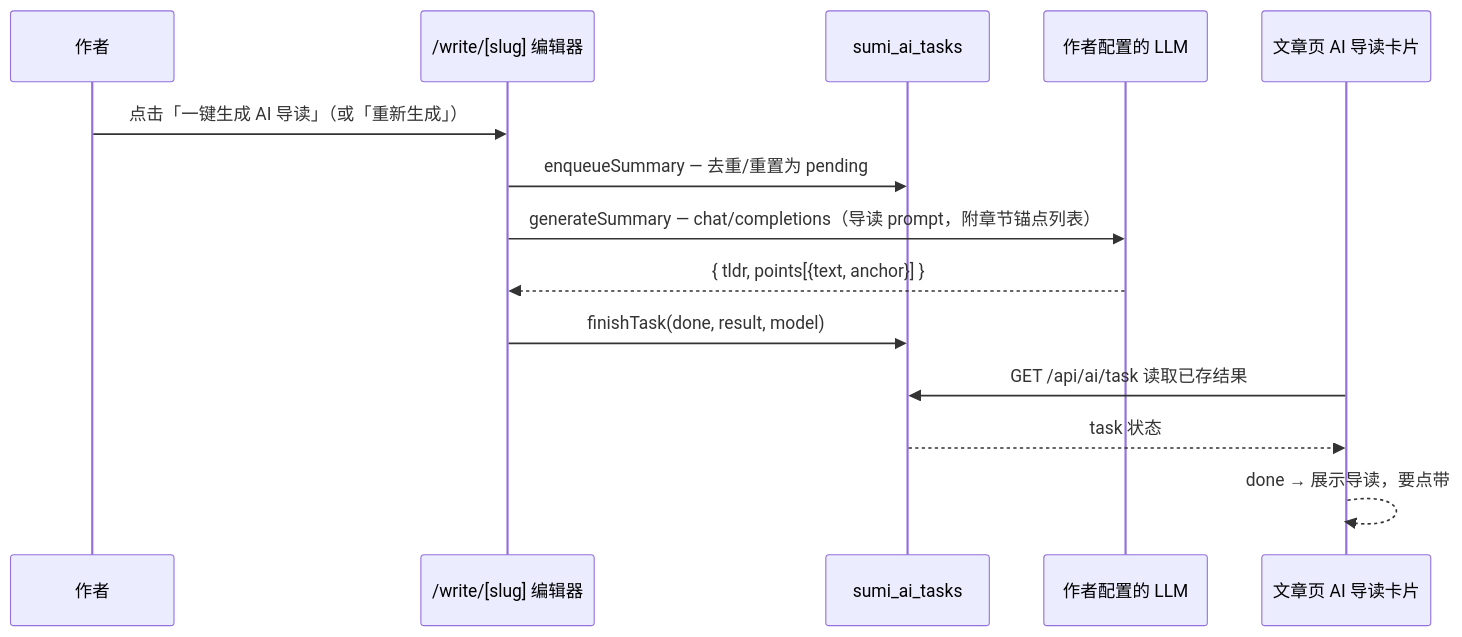
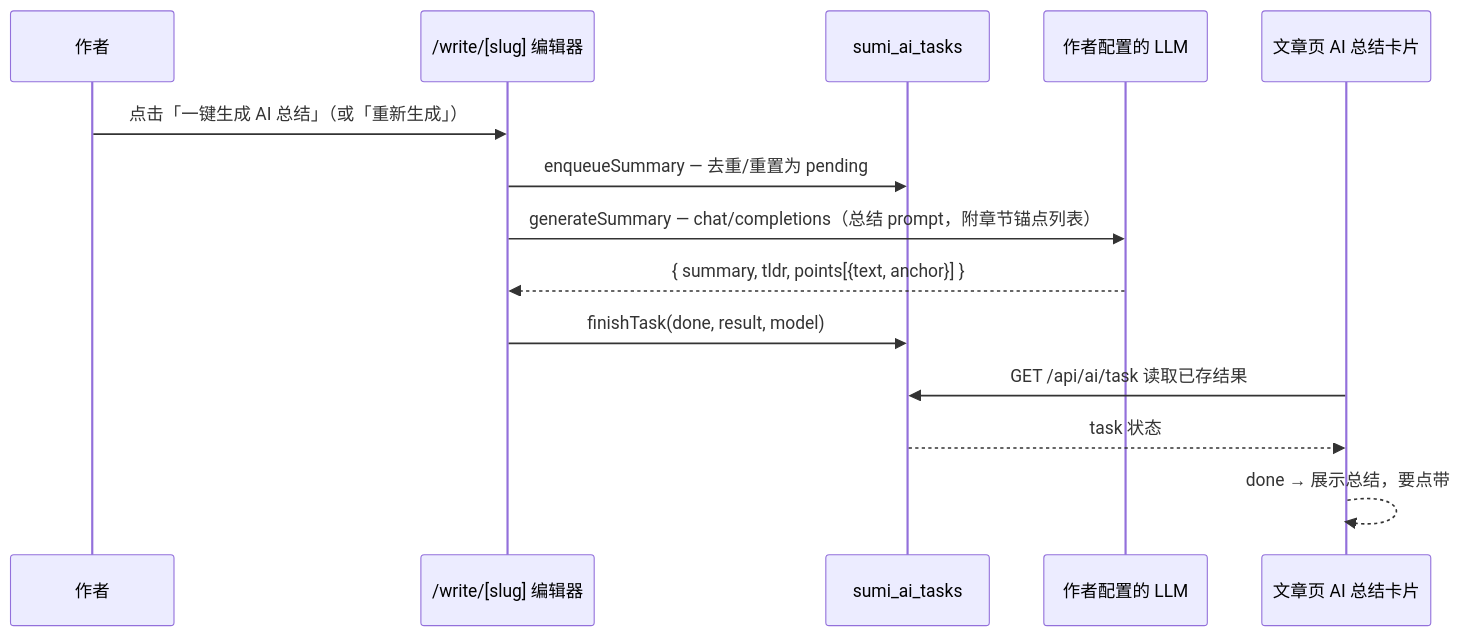
Before and after one commit to fuyucn/sumi: diagram 12 of 12 in docs/ARCHITECTURE.md, drawn with Mermaid. The commit also changed other lines of this file and 10 other files, not shown here.

````diff
--- a/docs/ARCHITECTURE.md
+++ b/docs/ARCHITECTURE.md
@@ -412,17 +412,17 @@
 ```mermaid
 sequenceDiagram
     participant A as 作者
     participant W as /write/[slug] 编辑器
     participant Q as sumi_ai_tasks
     participant LLM as 作者配置的 LLM
-    participant UI as 文章页 AI 导读卡片
+    participant UI as 文章页 AI 总结卡片
 
-    A->>W: 点击「一键生成 AI 导读」（或「重新生成」）
+    A->>W: 点击「一键生成 AI 总结」（或「重新生成」）
     W->>Q: enqueueSummary — 去重/重置为 pending
-    W->>LLM: generateSummary — chat/completions（导读 prompt，附章节锚点列表）
-    LLM-->>W: { tldr, points[{text, anchor}] }
+    W->>LLM: generateSummary — chat/completions（总结 prompt，附章节锚点列表）
+    LLM-->>W: { summary, tldr, points[{text, anchor}] }
     W->>Q: finishTask(done, result, model)
     UI->>Q: GET /api/ai/task 读取已存结果
     Q-->>UI: task 状态
-    UI-->>UI: done → 展示导读，要点带 #anchor 跳转链接；failed → 回编辑页重试
+    UI-->>UI: done → 展示总结，要点带 #anchor 跳转链接；failed → 回编辑页重试
 ```
````
